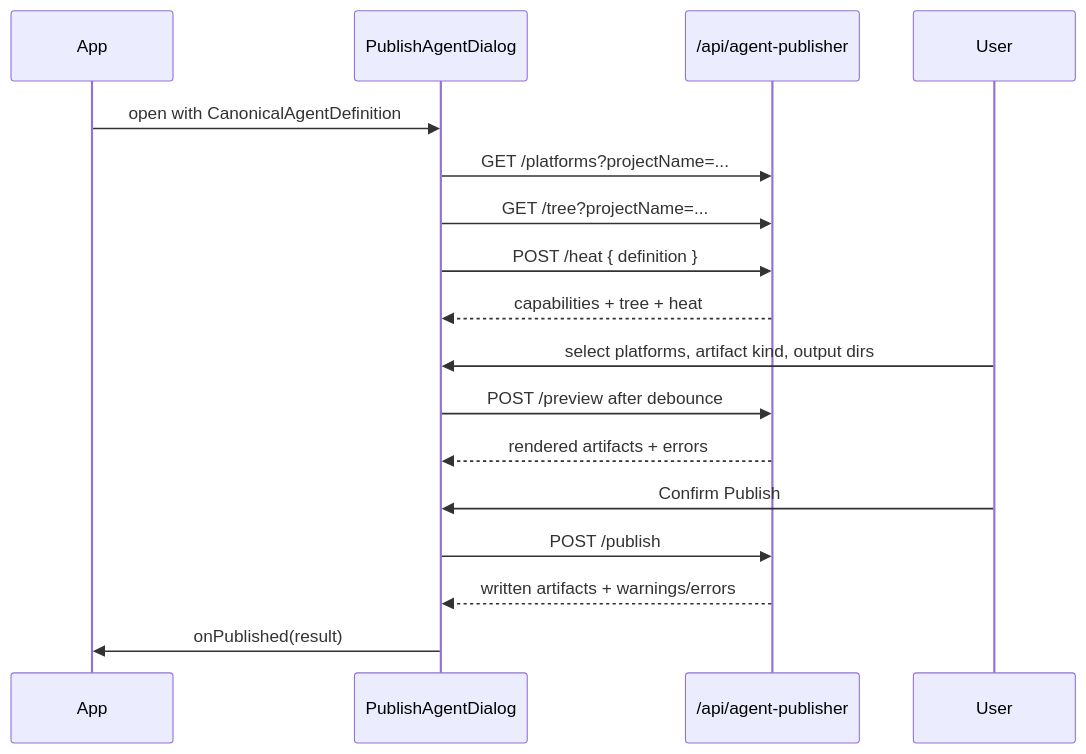
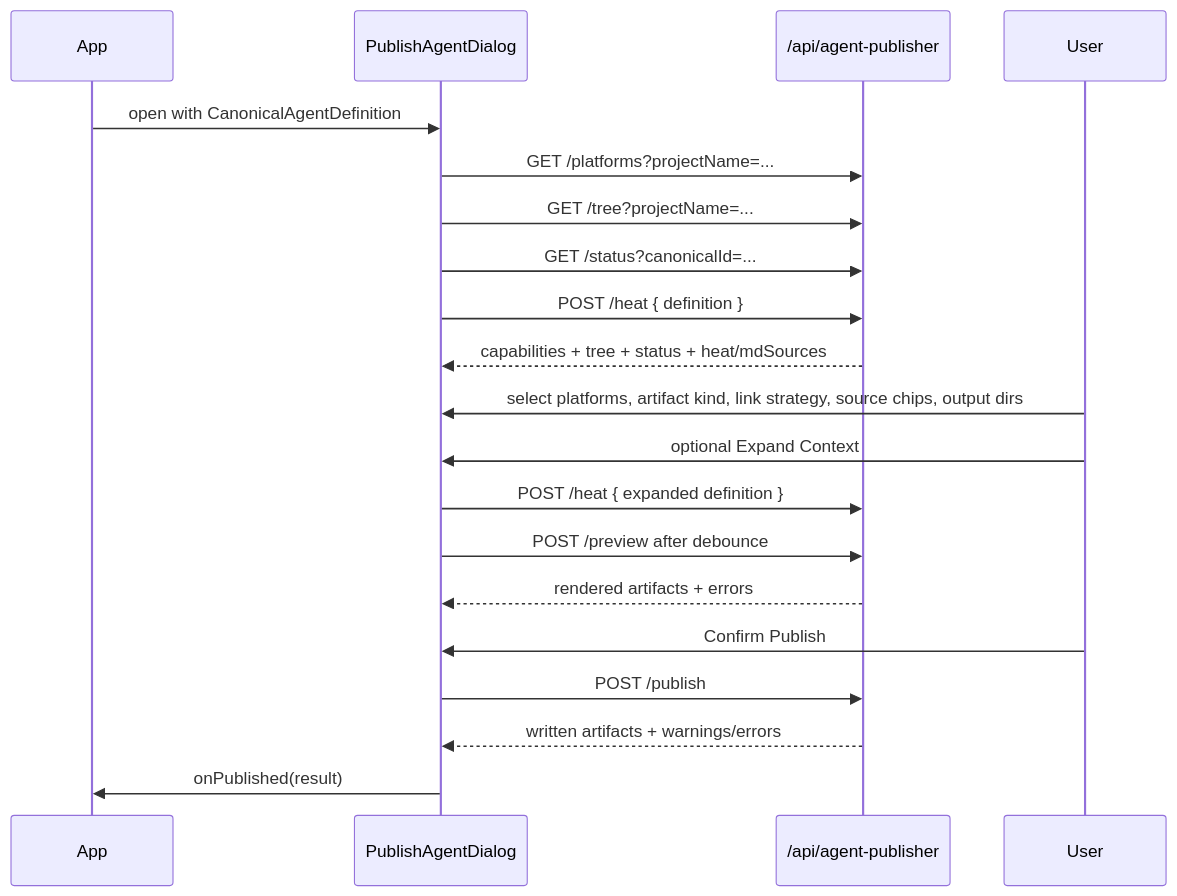
Before and after one commit to Kyliathy/context-core: the third of 3 diagrams in visualizer/zz-reach2/architecture/agents/archi-agent-builder-ui.md, drawn with Mermaid. The commit also changed other lines of this file and 69 other files, not shown here.

````diff
--- a/visualizer/zz-reach2/architecture/agents/archi-agent-builder-ui.md
+++ b/visualizer/zz-reach2/architecture/agents/archi-agent-builder-ui.md
@@ -154,20 +193,23 @@
 ```mermaid
 sequenceDiagram
     participant App
     participant Dialog as PublishAgentDialog
     participant API as /api/agent-publisher
     participant User
 
     App->>Dialog: open with CanonicalAgentDefinition
     Dialog->>API: GET /platforms?projectName=...
     Dialog->>API: GET /tree?projectName=...
+    Dialog->>API: GET /status?canonicalId=...
     Dialog->>API: POST /heat { definition }
-    API-->>Dialog: capabilities + tree + heat
-    User->>Dialog: select platforms, artifact kind, output dirs
+    API-->>Dialog: capabilities + tree + status + heat/mdSources
+    User->>Dialog: select platforms, artifact kind, link strategy, source chips, output dirs
+    User->>Dialog: optional Expand Context
+    Dialog->>API: POST /heat { expanded definition }
     Dialog->>API: POST /preview after debounce
     API-->>Dialog: rendered artifacts + errors
     User->>Dialog: Confirm Publish
     Dialog->>API: POST /publish
     API-->>Dialog: written artifacts + warnings/errors
     Dialog->>App: onPublished(result)
 ```
````
